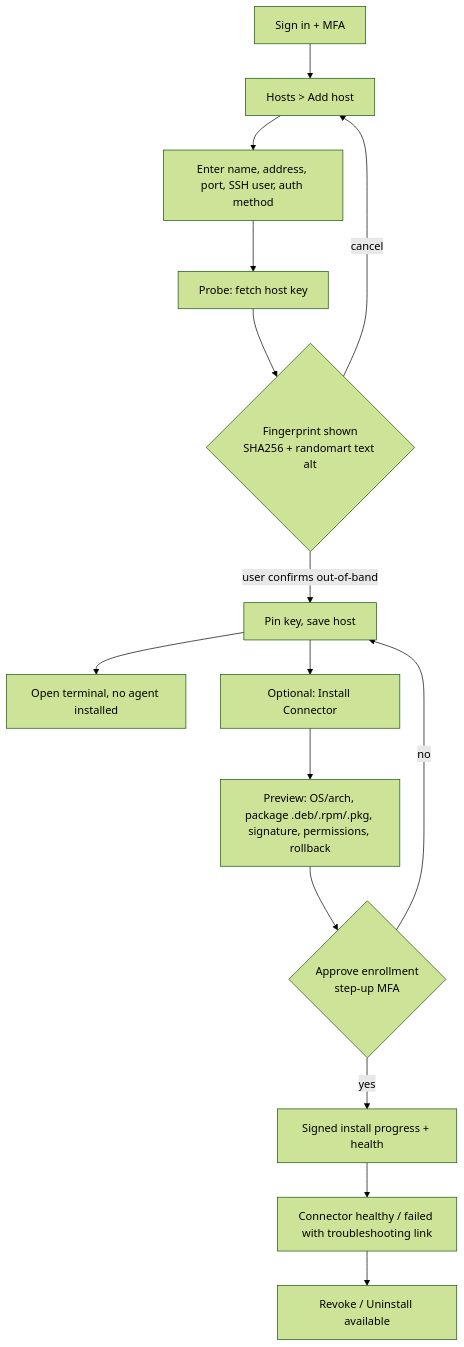
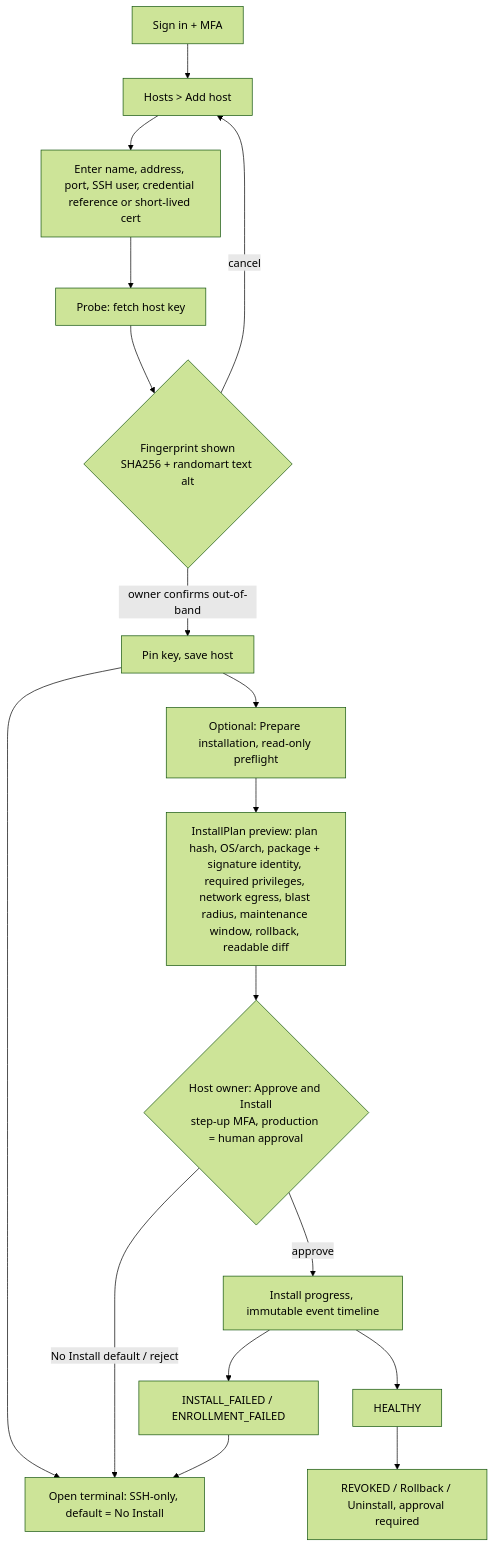
The first of 4 diagrams in docs/ux/flows.md (snbu229/Nexus-Terminal), drawn with Mermaid (forest theme) before and after one commit. The commit also changed other lines of this file and 5 other files, not shown here.

Commit message:
docs(ux): address C1 review - responsive sketches, WCAG A/AA map, approval states, F1 key-change block (NX2-009)

````diff
--- a/docs/ux/flows.md
+++ b/docs/ux/flows.md
@@ -4,17 +4,19 @@
 ```mermaid
 flowchart TD
   A[Sign in + MFA] --> B[Hosts > Add host]
-  B --> C[Enter name, address, port, SSH user, auth method]
+  B --> C[Enter name, address, port, SSH user, credential reference or short-lived cert]
   C --> D[Probe: fetch host key]
   D --> E{Fingerprint shown<br/>SHA256 + randomart text alt}
-  E -- user confirms out-of-band --> F[Pin key, save host]
+  E -- owner confirms out-of-band --> F[Pin key, save host]
   E -- cancel --> B
-  F --> G[Open terminal, no agent installed]
-  F --> H[Optional: Install Connector]
-  H --> I[Preview: OS/arch, package .deb/.rpm/.pkg, signature, permissions, rollback]
-  I --> J{Approve enrollment<br/>step-up MFA}
-  J -- yes --> K[Signed install progress + health]
-  J -- no --> F
-  K --> L[Connector healthy / failed with troubleshooting link]
-  L --> M[Revoke / Uninstall available]
+  F --> G[Open terminal: SSH-only, default = No Install]
+  F --> H[Optional: Prepare installation, read-only preflight]
+  H --> I[InstallPlan preview: plan hash, OS/arch, package + signature identity, required privileges, network egress, blast radius, maintenance window, rollback, readable diff]
+  I --> J{Host owner: Approve and Install<br/>step-up MFA, production = human approval}
+  J -- No Install default / reject --> G
+  J -- approve --> K[Install progress, immutable event timeline]
+  K --> L[HEALTHY]
+  K --> X[INSTALL_FAILED / ENROLLMENT_FAILED]
+  X --> G
+  L --> M[REVOKED / Rollback / Uninstall, approval required]
 ```
````
